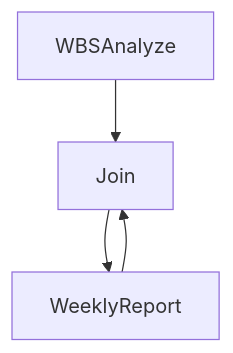
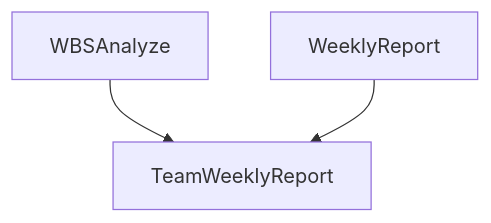
Before and after one commit to skala-yAXim/AI-end: the third of 3 diagrams in README.md, drawn with Mermaid. The commit also changed other lines of this file, not shown here.

````diff
--- a/README.md
+++ b/README.md
@@ -53,6 +51,5 @@
  ```mermaid
 graph TD;
-    WBSAnalyze --> Join
-    WeeklyReport --> Join
-    Join --> WeeklyReport
+    WBSAnalyze --> TeamWeeklyReport
+    WeeklyReport --> TeamWeeklyReport
 ```
````
